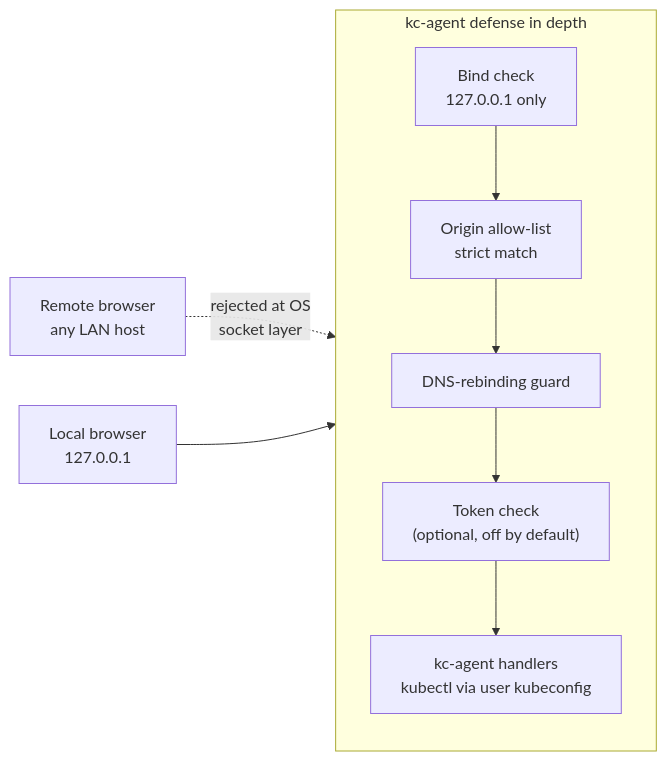
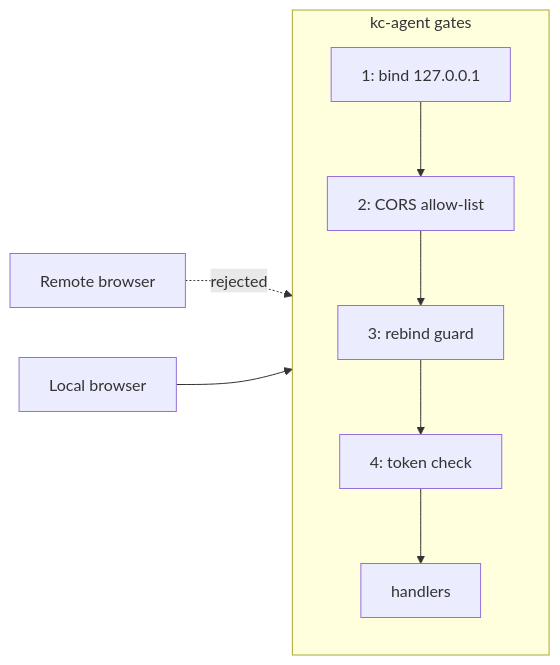
The second of 4 diagrams in docs/content/console/security-model.md (kubestellar/docs), drawn with Mermaid before and after one commit. The commit also changed other lines of this file, not shown here.

Commit message:
📖 docs(console): shorten mermaid node labels to fix truncation

````diff
--- a/docs/content/console/security-model.md
+++ b/docs/content/console/security-model.md
@@ -84,21 +89,21 @@
 ```mermaid
 flowchart LR
-    RB[Remote browser<br/>any LAN host]
-    LB[Local browser<br/>127.0.0.1]
+    RB[Remote browser]
+    LB[Local browser]
 
-    subgraph Gates["kc-agent defense in depth"]
+    subgraph Gates["kc-agent gates"]
         direction TB
-        BIND[Bind check<br/>127.0.0.1 only]
-        CORS[Origin allow-list<br/>strict match]
-        REB[DNS-rebinding guard]
-        TOK["Token check<br/>(optional, off by default)"]
-        KA[kc-agent handlers<br/>kubectl via user kubeconfig]
+        BIND[1: bind 127.0.0.1]
+        CORS[2: CORS allow-list]
+        REB[3: rebind guard]
+        TOK[4: token check]
+        KA[handlers]
     end
 
-    RB -.rejected at OS<br/>socket layer.-> BIND
+    RB -.rejected.-> BIND
     LB --> BIND
     BIND --> CORS
     CORS --> REB
     REB --> TOK
     TOK --> KA
 ```
````
